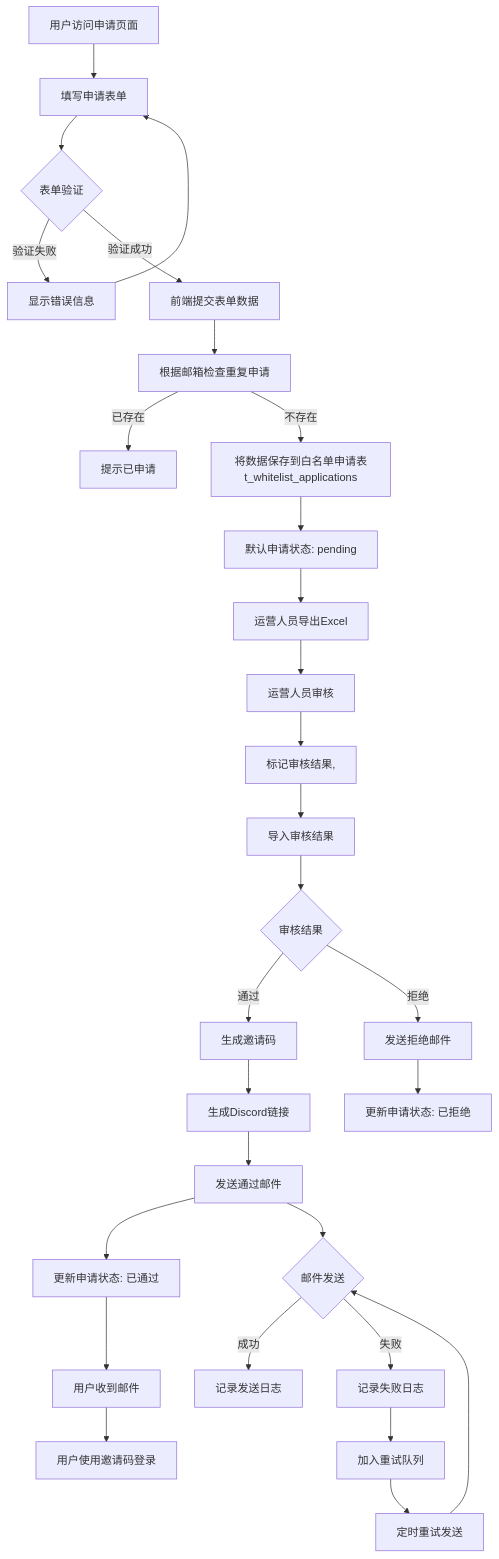
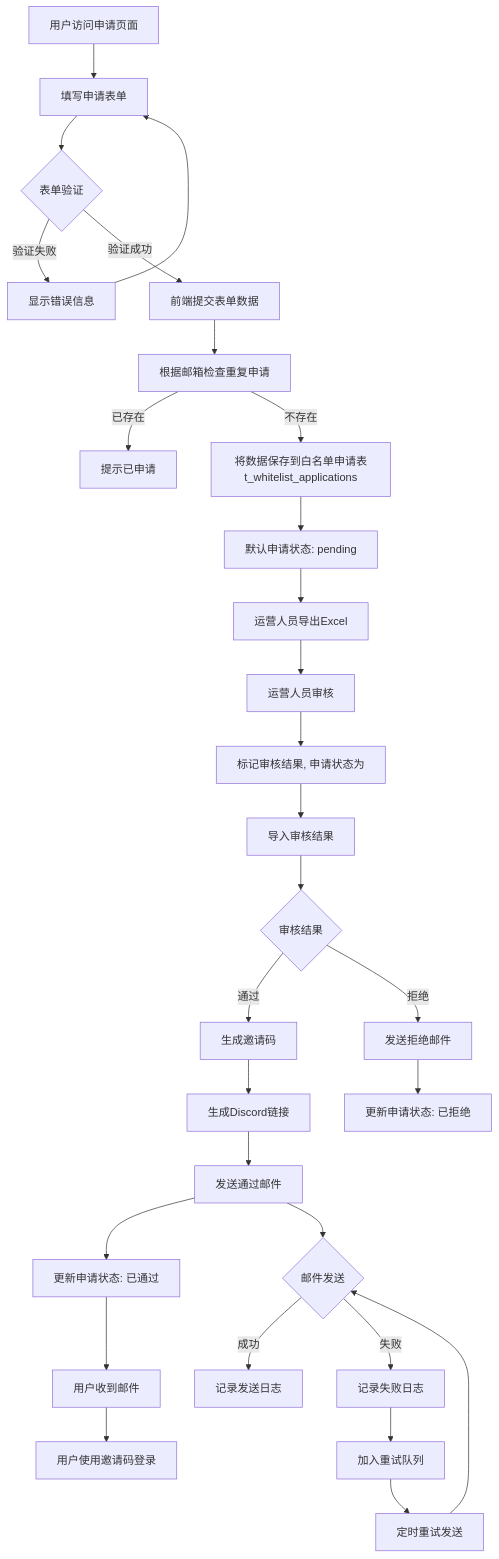
Before and after one commit to yingjianzh/iodraw-files: the diagram in all/未命名-69.md, drawn with Mermaid.

Commit message:
2025-07-03 10:28:56 update

````diff
--- a/all/未命名-69.md
+++ b/all/未命名-69.md
@@ -1,36 +1,36 @@
 ```mermaid
 flowchart TD
     A[用户访问申请页面] --> B[填写申请表单]
     B --> C{表单验证}
     C -->|验证失败| D[显示错误信息]
     D --> B
     C -->|验证成功| E[前端提交表单数据]
     E -->E1[根据邮箱检查重复申请]
     E1 -->|已存在| F[提示已申请]
     E1 -->|不存在| G[将数据保存到白名单申请表t_whitelist_applications]
     G --> H[默认申请状态: pending]
     
     H --> I[运营人员导出Excel]
     I --> J[运营人员审核]
-    J --> K[标记审核结果,]
+    J --> K[标记审核结果, 申请状态为]
     K --> L[导入审核结果]
     L --> M{审核结果}
     
     M -->|通过| N[生成邀请码]
     N --> O[生成Discord链接]
     O --> P[发送通过邮件]
     P --> Q[更新申请状态: 已通过]
     
     M -->|拒绝| R[发送拒绝邮件]
     R --> S[更新申请状态: 已拒绝]
     
     P --> T{邮件发送}
     T -->|成功| U[记录发送日志]
     T -->|失败| V[记录失败日志]
     V --> W[加入重试队列]
     W --> X[定时重试发送]
     X --> T
     
     Q --> Y[用户收到邮件]
     Y --> Z[用户使用邀请码登录]
 ```
````
